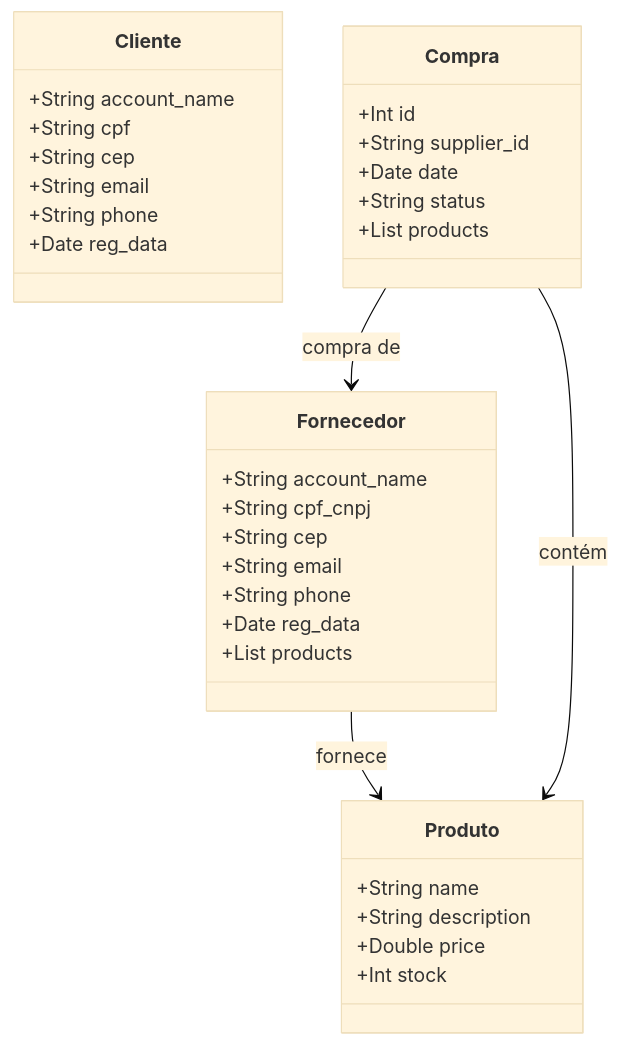
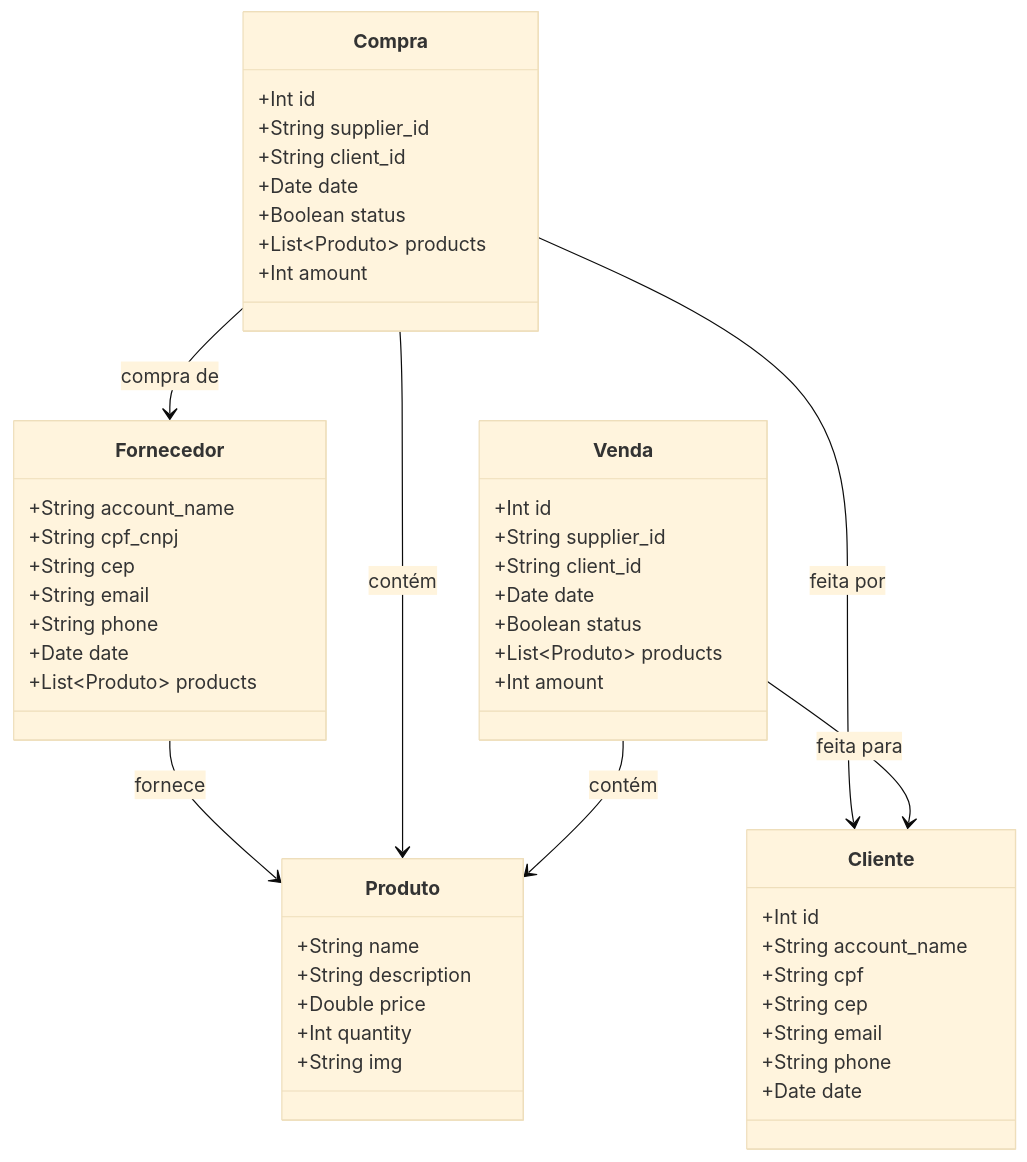
The diagram in README.md (marcosjry/stock-control), drawn with Mermaid (base theme) before and after one commit. The commit also changed other lines of this file, not shown here.

Commit message:
README update

````diff
--- a/README.md
+++ b/README.md
@@ -1,36 +3,52 @@
 ```mermaid
 classDiagram
-class Produto {
-    +String name
-    +String description
-    +Double price
-    +Int stock
-}
-class Cliente {
-    +String account_name
-    +String cpf
-    +String cep
-    +String email
-    +String phone
-    +Date reg_data
-}
-class Fornecedor {
-    +String account_name
-    +String cpf_cnpj
-    +String cep
-    +String email
-    +String phone
-    +Date reg_data
-    +List<Produto> products
-}
-class Compra {
-    +Int id
-    +String supplier_id
-    +Date date
-    +String status
-    +List<Produto> products
-}
+    class Produto {
+        +String name
+        +String description
+        +Double price
+        +Int quantity
+        +String img
+    }
+    class Cliente {
+        +Int id
+        +String account_name
+        +String cpf
+        +String cep
+        +String email
+        +String phone
+        +Date date
+    }
+    class Fornecedor {
+        +String account_name
+        +String cpf_cnpj
+        +String cep
+        +String email
+        +String phone
+        +Date date
+        +List~Produto~ products
+    }
+    class Compra {
+        +Int id
+        +String supplier_id
+        +String client_id
+        +Date date
+        +Boolean status
+        +List~Produto~ products
+        +Int amount
+    }
+    class Venda {
+        +Int id
+        +String supplier_id
+        +String client_id
+        +Date date
+        +Boolean status
+        +List~Produto~ products
+        +Int amount
+    }
     Fornecedor --> Produto : fornece
     Compra --> Fornecedor : compra de
+    Compra --> Cliente : feita por
     Compra --> Produto : contém
+    Venda --> Cliente : feita para
+    Venda --> Produto : contém
 ```
````
